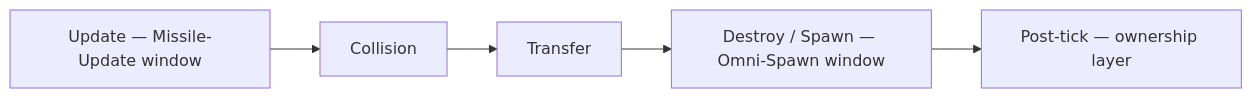
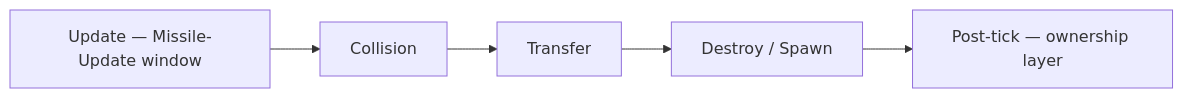
Before and after one commit to DougTanner/BrokenEngine: the second of 8 diagrams in Documents/Architecture/FrameUpdatePipeline.md, drawn with Mermaid. The commit also changed other lines of this file and 174 other files, not shown here.

````diff
--- a/Documents/Architecture/FrameUpdatePipeline.md
+++ b/Documents/Architecture/FrameUpdatePipeline.md
@@ -54,5 +49,5 @@
 ```mermaid
 %%{init: {'theme': 'default'}}%%
 flowchart LR
-    update["Update — Missile-Update window"] --> collision["Collision"] --> transfer["Transfer"] --> destroySpawn["Destroy / Spawn — Omni-Spawn window"] --> ownership["Post-tick — ownership layer"]
+    update["Update — Missile-Update window"] --> collision["Collision"] --> transfer["Transfer"] --> destroySpawn["Destroy / Spawn"] --> ownership["Post-tick — ownership layer"]
 ```
````
